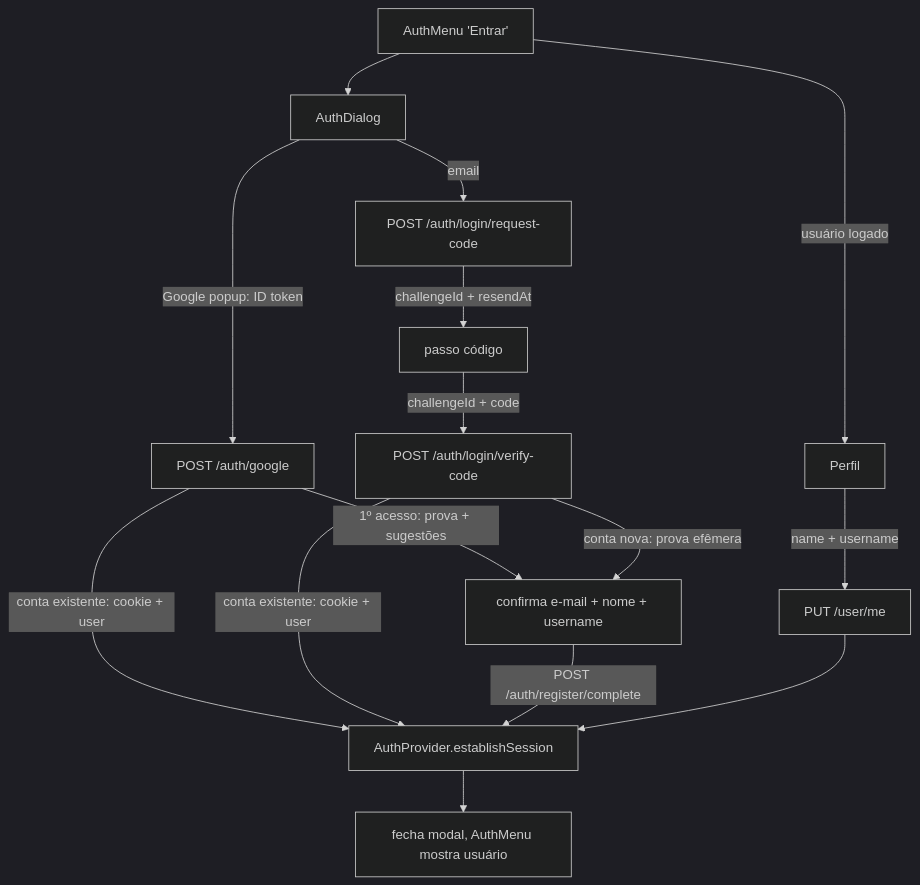
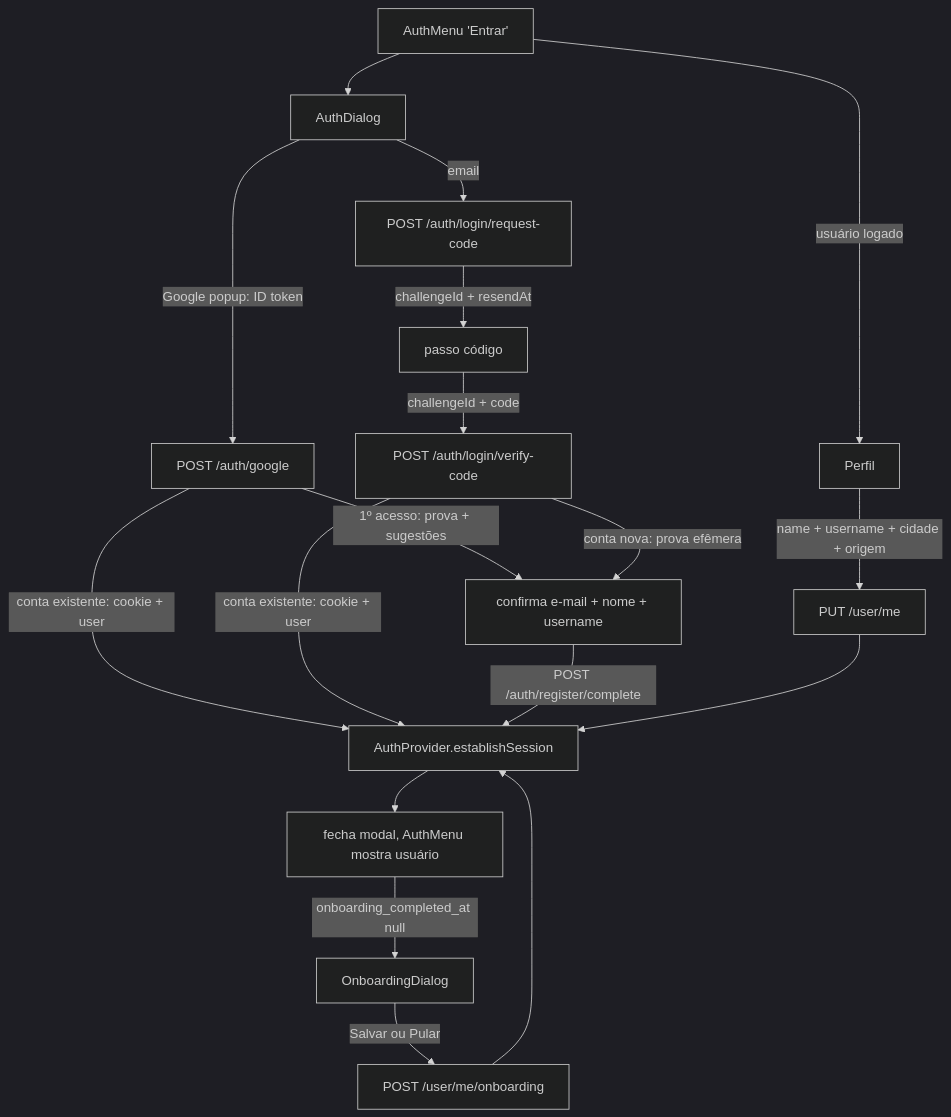
The second of 2 diagrams in doc/admin/area-admin.md (RaeII/cidoa), drawn with Mermaid (dark theme) before and after one commit. The commit also changed other lines of this file and 18 other files, not shown here.

````diff
--- a/doc/admin/area-admin.md
+++ b/doc/admin/area-admin.md
@@ -181,17 +181,20 @@
 ```mermaid
 flowchart TD
     Btn[AuthMenu 'Entrar'] --> Modal[AuthDialog]
     Modal -->|Google popup: ID token| GG[POST /auth/google]
     GG -->|conta existente: cookie + user| AP
     GG -->|1º acesso: prova + sugestões| Cadastro
     Modal -->|email| RC[POST /auth/login/request-code]
     RC -->|challengeId + resendAt| Code[passo código]
     Code -->|challengeId + code| VC[POST /auth/login/verify-code]
     VC -->|conta existente: cookie + user| AP[AuthProvider.establishSession]
     VC -->|conta nova: prova efêmera| Cadastro[confirma e-mail + nome + username]
     Cadastro -->|POST /auth/register/complete| AP
     AP --> Close[fecha modal, AuthMenu mostra usuário]
+    Close -->|onboarding_completed_at null| Onb[OnboardingDialog]
+    Onb -->|Salvar ou Pular| OB[POST /user/me/onboarding]
+    OB --> AP
     Btn -->|usuário logado| Profile[Perfil]
-    Profile -->|name + username| Update[PUT /user/me]
+    Profile -->|name + username + cidade + origem| Update[PUT /user/me]
     Update --> AP
 ```
````
